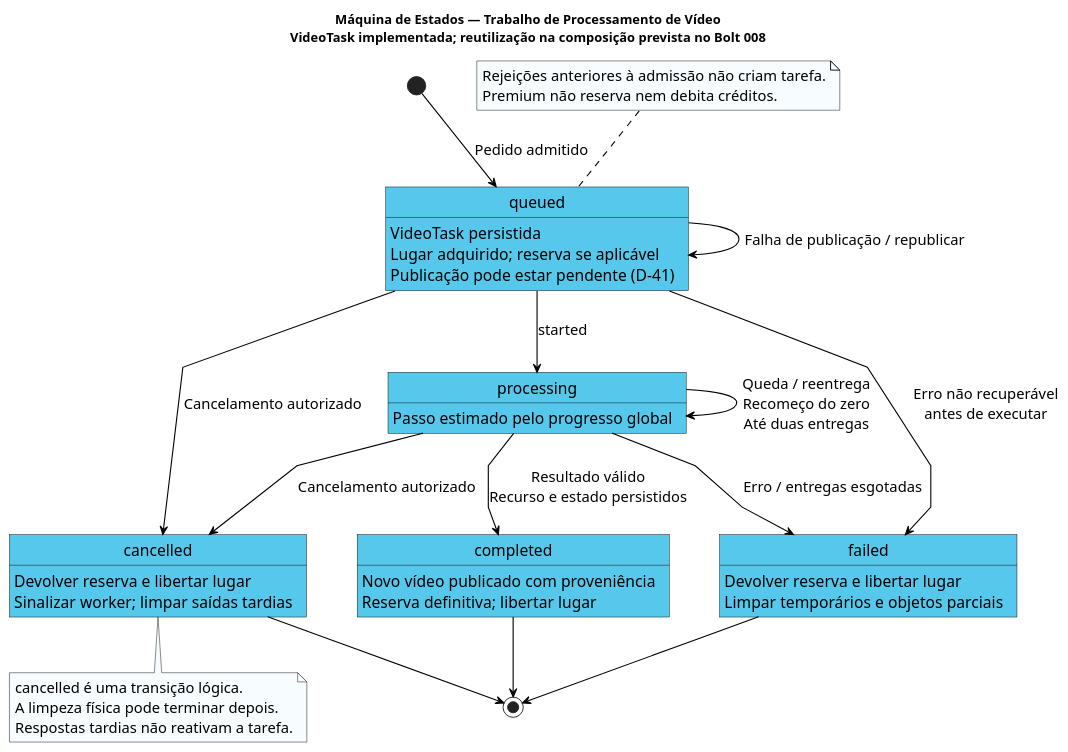
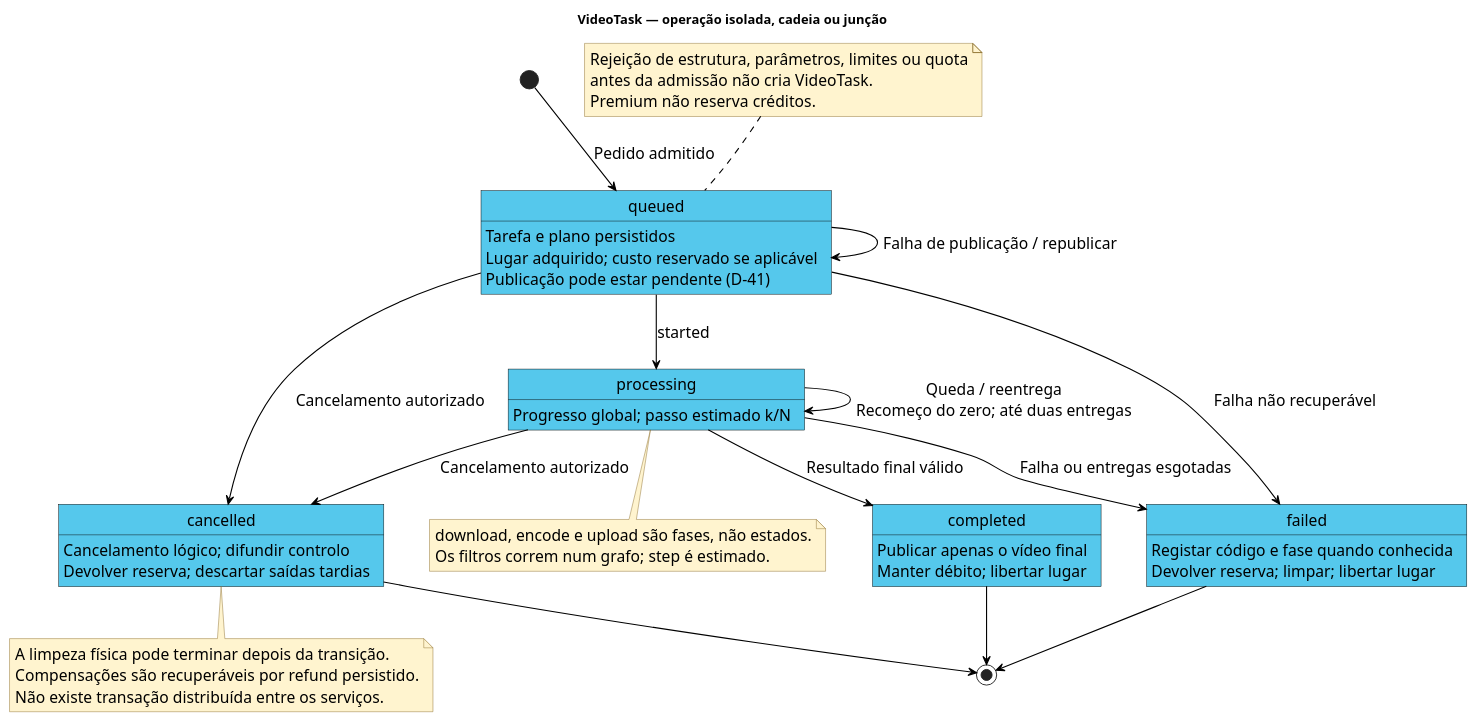
The diagram in Documentos consulta/src-doc-ext-requisitos-template/images/maquina_estados_video.puml (luis444coelho/picturas-27-extension), drawn with PlantUML before and after one commit. The commit also changed 9 other files, not shown here.

```diff
--- a/Documentos consulta/src-doc-ext-requisitos-template/images/maquina_estados_video.puml
+++ b/Documentos consulta/src-doc-ext-requisitos-template/images/maquina_estados_video.puml
@@ -1,61 +1,62 @@
 @startuml maquina_estados_video
-skinparam monochrome false
 skinparam shadowing false
 skinparam roundcorner 0
-skinparam linetype polyline
 skinparam defaultFontName Arial
-skinparam defaultFontSize 16
-skinparam stateFontSize 17
+skinparam defaultFontSize 17
+skinparam ArrowColor black
+skinparam actorBorderColor black
+skinparam sequenceLifeLineBorderColor #777777
+skinparam sequenceArrowColor black
+skinparam queueBorderColor black
+skinparam sequenceQueueBorderColor black
+skinparam ArrowThickness 1.2
+skinparam noteBackgroundColor #FFF4CF
+skinparam noteBorderColor #8A6D2B
+top to bottom direction
 skinparam stateBackgroundColor #55C8EC
 skinparam stateBorderColor black
-skinparam stateArrowColor black
-skinparam ArrowColor black
-skinparam ArrowThickness 1.2
-skinparam noteBackgroundColor #F7FCFE
-skinparam noteBorderColor black
-skinparam nodesep 55
-skinparam ranksep 60
-top to bottom direction
-
-title Máquina de Estados — Trabalho de Processamento de Vídeo\nVideoTask implementada; reutilização na composição prevista no Bolt 008
-
-state "queued" as Queued
-state "processing" as Processing
-state "completed" as Completed
-state "failed" as Failed
-state "cancelled" as Cancelled
-
-Queued : VideoTask persistida
-Queued : Lugar adquirido; reserva se aplicável
-Queued : Publicação pode estar pendente (D-41)
-Processing : Passo estimado pelo progresso global
-Completed : Novo vídeo publicado com proveniência
-Completed : Reserva definitiva; libertar lugar
-Failed : Devolver reserva e libertar lugar
-Failed : Limpar temporários e objetos parciais
-Cancelled : Devolver reserva e libertar lugar
-Cancelled : Sinalizar worker; limpar saídas tardias
-
-[*] --> Queued : Pedido admitido
-Queued --> Queued : Falha de publicação / republicar
-Queued --> Processing : started
-Queued --> Failed : Erro não recuperável\nantes de executar
-Queued --> Cancelled : Cancelamento autorizado
-Processing --> Processing : Queda / reentrega\nRecomeço do zero\nAté duas entregas
-Processing --> Completed : Resultado válido\nRecurso e estado persistidos
-Processing --> Failed : Erro / entregas esgotadas
-Processing --> Cancelled : Cancelamento autorizado
-Completed --> [*]
-Failed --> [*]
-Cancelled --> [*]
-
-note top of Queued
-  Rejeições anteriores à admissão não criam tarefa.
-  Premium não reserva nem debita créditos.
+skinparam nodesep 50
+skinparam ranksep 55
+title VideoTask — operação isolada, cadeia ou junção
+state "queued" as Q
+state "processing" as P
+state "completed" as C
+state "failed" as F
+state "cancelled" as X
+Q : Tarefa e plano persistidos
+Q : Lugar adquirido; custo reservado se aplicável
+Q : Publicação pode estar pendente (D-41)
+P : Progresso global; passo estimado k/N
+C : Publicar apenas o vídeo final
+C : Manter débito; libertar lugar
+F : Registar código e fase quando conhecida
+F : Devolver reserva; limpar; libertar lugar
+X : Cancelamento lógico; difundir controlo
+X : Devolver reserva; descartar saídas tardias
+[*] --> Q : Pedido admitido
+Q --> Q : Falha de publicação / republicar
+Q --> P : started
+Q --> F : Falha não recuperável
+Q --> X : Cancelamento autorizado
+P --> P : Queda / reentrega\nRecomeço do zero; até duas entregas
+P --> C : Resultado final válido
+P --> F : Falha ou entregas esgotadas
+P --> X : Cancelamento autorizado
+C --> [*]
+F --> [*]
+X --> [*]
+note top of Q
+  Rejeição de estrutura, parâmetros, limites ou quota
+  antes da admissão não cria VideoTask.
+  Premium não reserva créditos.
 end note
-note bottom of Cancelled
-  cancelled é uma transição lógica.
-  A limpeza física pode terminar depois.
-  Respostas tardias não reativam a tarefa.
+note bottom of P
+  download, encode e upload são fases, não estados.
+  Os filtros correm num grafo; step é estimado.
+end note
+note bottom of X
+  A limpeza física pode terminar depois da transição.
+  Compensações são recuperáveis por refund persistido.
+  Não existe transação distribuída entre os serviços.
 end note
 @enduml
```
